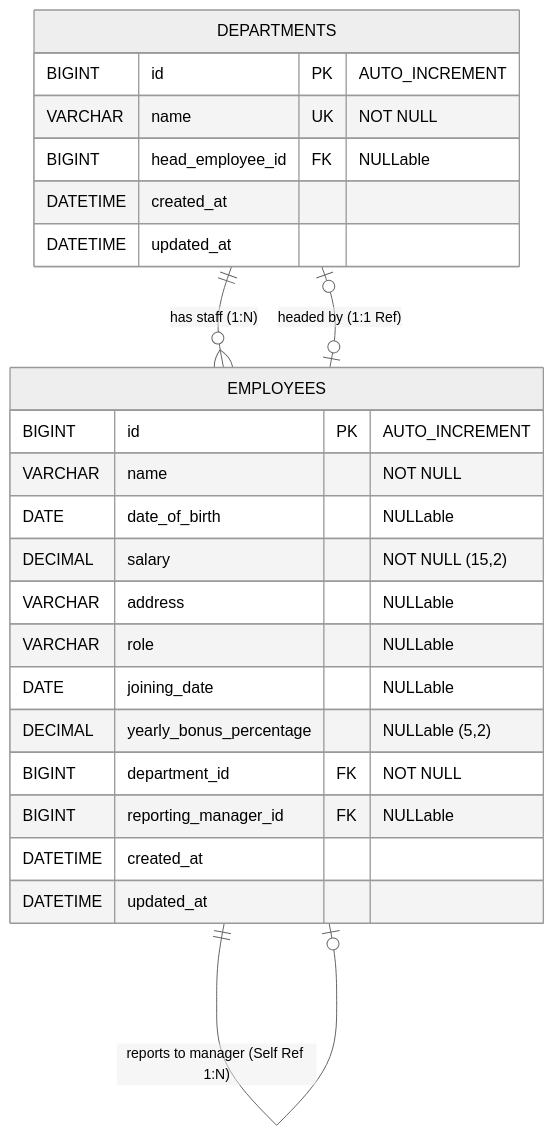
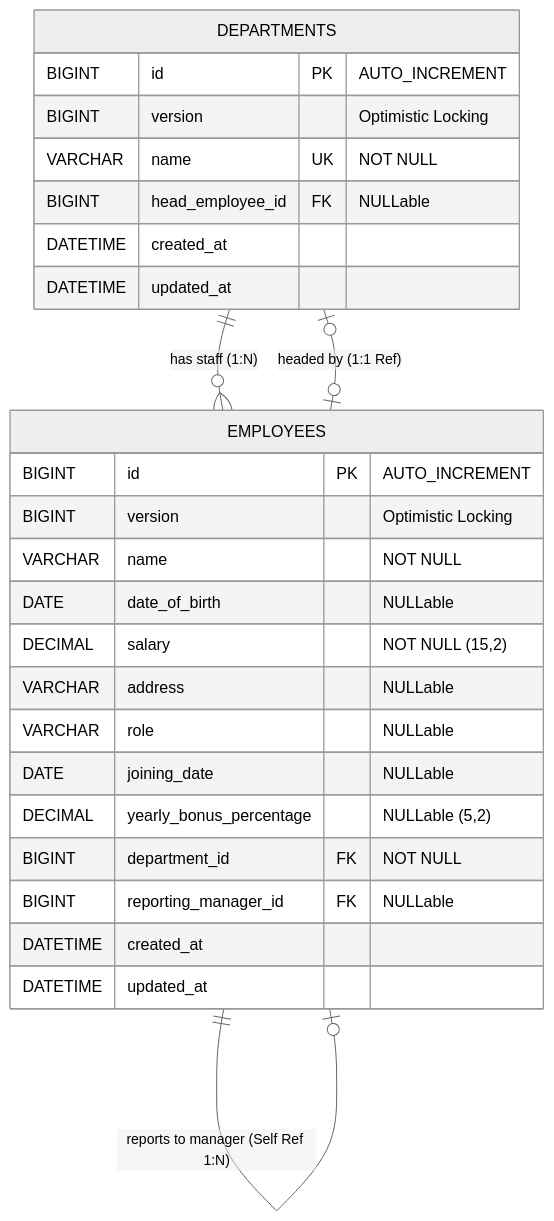
Before and after one commit to akhilraj-c/employee-management: the second of 3 diagrams in DESIGN.md, drawn with Mermaid (neutral theme). The commit also changed other lines of this file, not shown here.

Commit message:
docs(design): sync version field in ER diagram and update exception handling architecture matrix

````diff
--- a/DESIGN.md
+++ b/DESIGN.md
@@ -88,29 +88,31 @@
 ```mermaid
 erDiagram
     DEPARTMENTS {
         BIGINT id PK "AUTO_INCREMENT"
+        BIGINT version "Optimistic Locking"
         VARCHAR name UK "NOT NULL"
         BIGINT head_employee_id FK "NULLable"
         DATETIME created_at
         DATETIME updated_at
     }
 
     EMPLOYEES {
         BIGINT id PK "AUTO_INCREMENT"
+        BIGINT version "Optimistic Locking"
         VARCHAR name "NOT NULL"
         DATE date_of_birth "NULLable"
         DECIMAL salary "NOT NULL (15,2)"
         VARCHAR address "NULLable"
         VARCHAR role "NULLable"
         DATE joining_date "NULLable"
         DECIMAL yearly_bonus_percentage "NULLable (5,2)"
         BIGINT department_id FK "NOT NULL"
         BIGINT reporting_manager_id FK "NULLable"
         DATETIME created_at
         DATETIME updated_at
     }
 
     DEPARTMENTS ||--o{ EMPLOYEES : "has staff (1:N)"
     EMPLOYEES ||--o| EMPLOYEES : "reports to manager (Self Ref 1:N)"
     DEPARTMENTS |o--o| EMPLOYEES : "headed by (1:1 Ref)"
 ```
````
